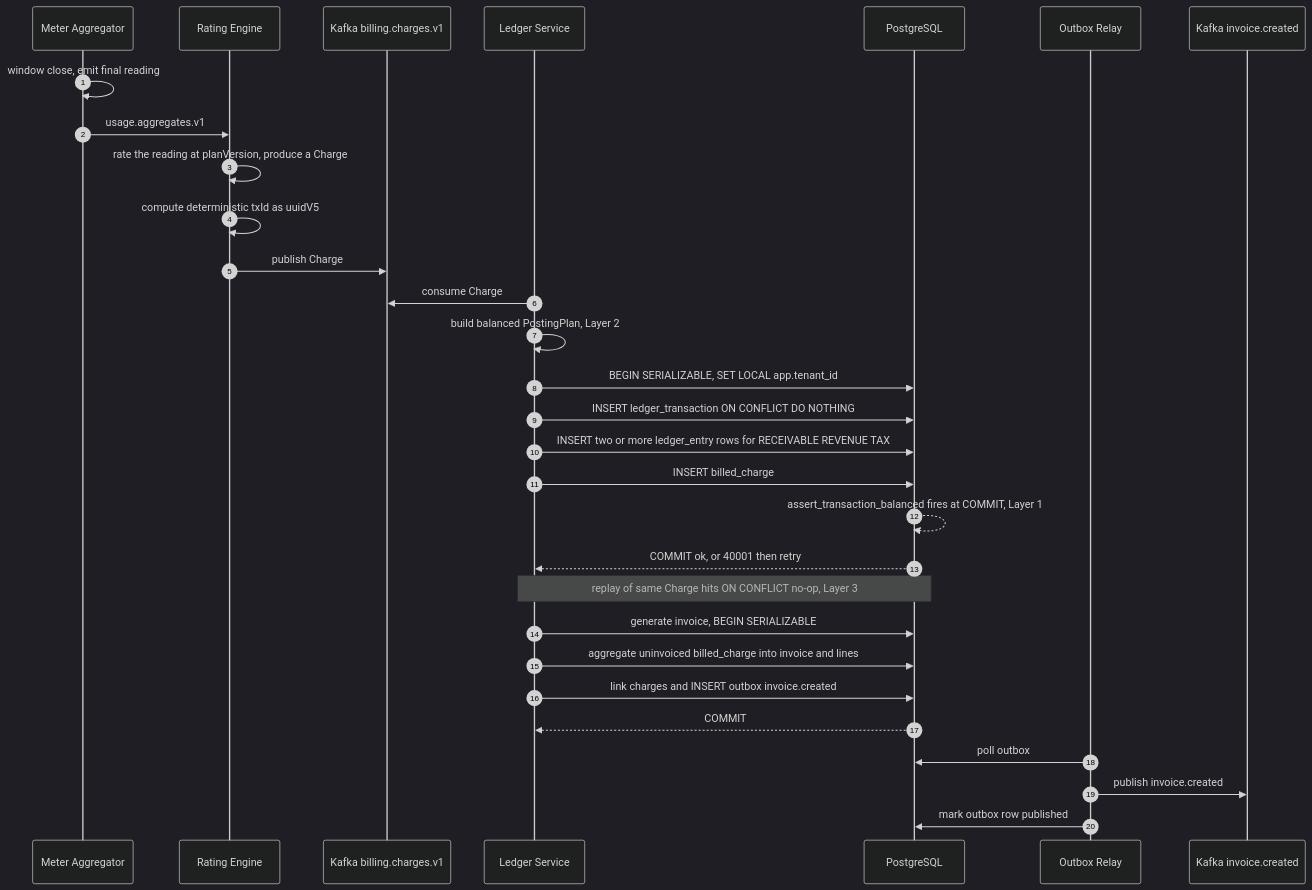
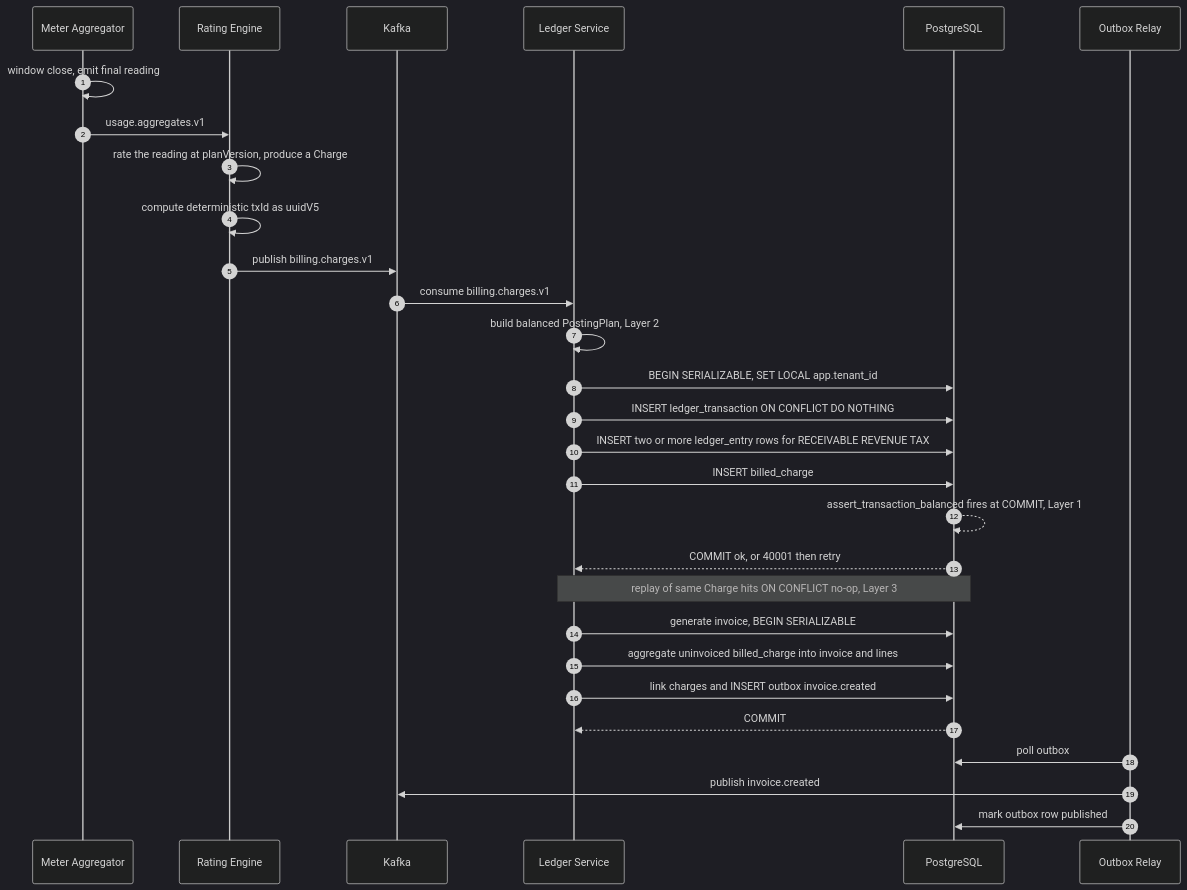
The diagram in docs/LEDGER_DESIGN.md (marciomarinho/quotient), drawn with Mermaid (dark theme) before and after one commit. The commit also changed 3 other files, not shown here.

Commit message:
docs: make diagrams legible (rebuild C4 as flowcharts, collapse wide sequence lifelines)

````diff
--- a/docs/LEDGER_DESIGN.md
+++ b/docs/LEDGER_DESIGN.md
@@ -170,36 +170,35 @@
 ```mermaid
 sequenceDiagram
     autonumber
     participant Agg as Meter Aggregator
     participant Rate as Rating Engine
-    participant K as Kafka billing.charges.v1
+    participant K as Kafka
     participant Led as Ledger Service
     participant DB as PostgreSQL
     participant OB as Outbox Relay
-    participant Bus as Kafka invoice.created
 
     Agg->>Agg: window close, emit final reading
     Agg->>Rate: usage.aggregates.v1
     Rate->>Rate: rate the reading at planVersion, produce a Charge
     Rate->>Rate: compute deterministic txId as uuidV5
-    Rate->>K: publish Charge
+    Rate->>K: publish billing.charges.v1
 
-    Led->>K: consume Charge
+    K->>Led: consume billing.charges.v1
     Led->>Led: build balanced PostingPlan, Layer 2
     Led->>DB: BEGIN SERIALIZABLE, SET LOCAL app.tenant_id
     Led->>DB: INSERT ledger_transaction ON CONFLICT DO NOTHING
     Led->>DB: INSERT two or more ledger_entry rows for RECEIVABLE REVENUE TAX
     Led->>DB: INSERT billed_charge
     DB-->>DB: assert_transaction_balanced fires at COMMIT, Layer 1
     DB-->>Led: COMMIT ok, or 40001 then retry
 
     Note over Led,DB: replay of same Charge hits ON CONFLICT no-op, Layer 3
 
     Led->>DB: generate invoice, BEGIN SERIALIZABLE
     Led->>DB: aggregate uninvoiced billed_charge into invoice and lines
     Led->>DB: link charges and INSERT outbox invoice.created
     DB-->>Led: COMMIT
     OB->>DB: poll outbox
-    OB->>Bus: publish invoice.created
+    OB->>K: publish invoice.created
     OB->>DB: mark outbox row published
 ```
````
